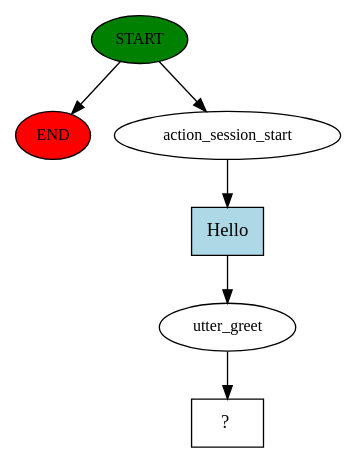
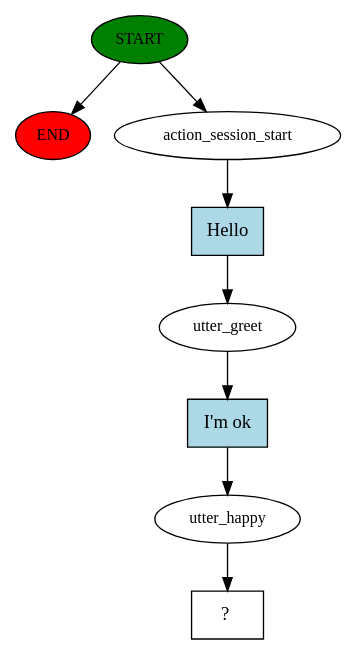
The diagram in story_graph.dot (ideallife-dom/rasabot), drawn with Graphviz before and after one commit. The commit also changed 3 other files, not shown here.

```diff
--- a/story_graph.dot
+++ b/story_graph.dot
@@ -1,13 +1,17 @@
 digraph  {
 0 [class="start active", fillcolor=green, fontsize=12, label=START, style=filled];
 "-1" [class=end, fillcolor=red, fontsize=12, label=END, style=filled];
 1 [class=active, fontsize=12, label=action_session_start];
 2 [class=active, fontsize=12, label=utter_greet];
-3 [class="intent dashed active", label="  ?  ", shape=rect];
-4 [class="intent active", fillcolor=lightblue, label=Hello, shape=rect, style=filled];
+3 [class=active, fontsize=12, label=utter_happy];
+4 [class="intent dashed active", label="  ?  ", shape=rect];
+5 [class="intent active", fillcolor=lightblue, label=Hello, shape=rect, style=filled];
+6 [class="intent active", fillcolor=lightblue, label="I'm ok", shape=rect, style=filled];
 0 -> "-1"  [class="", key=NONE, label=""];
 0 -> 1  [class=active, key=NONE, label=""];
-1 -> 4  [class=active, key=0];
-2 -> 3  [class=active, key=NONE, label=""];
-4 -> 2  [class=active, key=0];
+1 -> 5  [class=active, key=0];
+2 -> 6  [class=active, key=0];
+3 -> 4  [class=active, key=NONE, label=""];
+5 -> 2  [class=active, key=0];
+6 -> 3  [class=active, key=0];
 }
```
